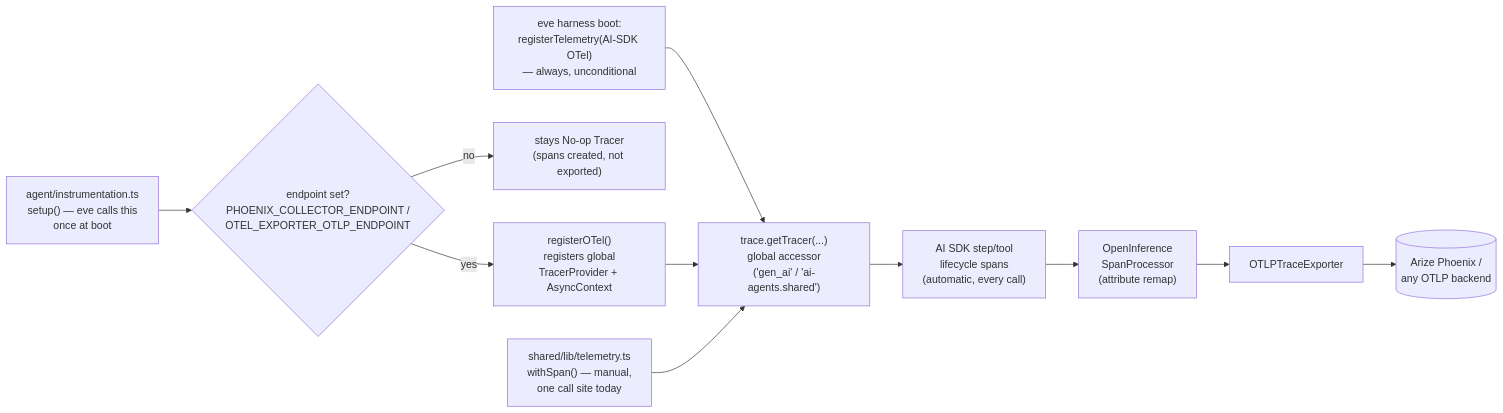
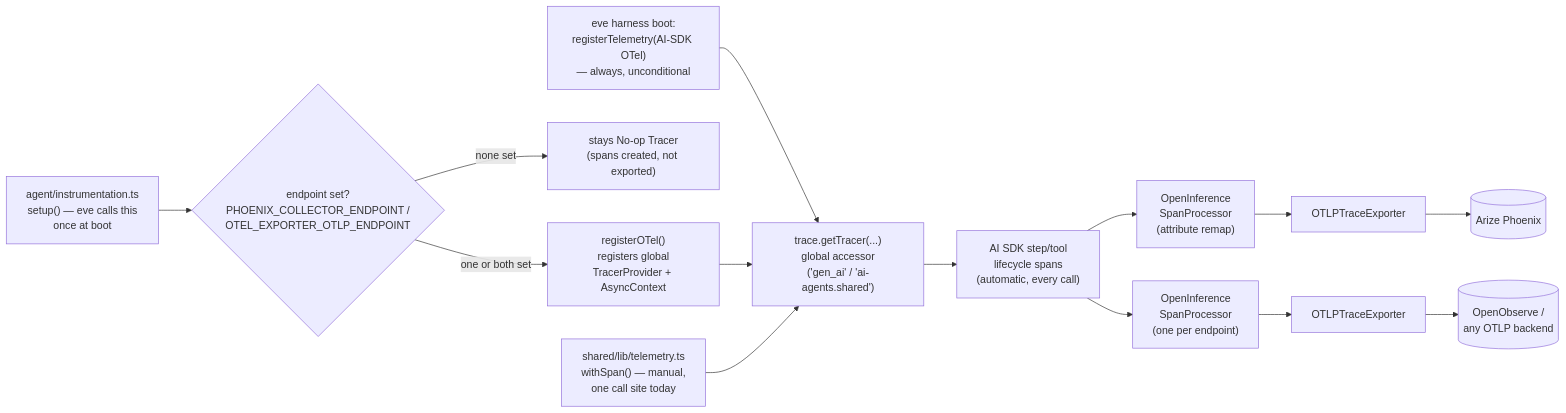
One commit to senthilsweb/ai-agents changed the diagram in agents/linkedin-cover-generator/docs/observability-internals.md. Above: the diagram before and after it, drawn with Mermaid. The commit also changed other lines of this file and 17 other files, not shown here.

First line of the commit message:
feat(telemetry): fan out traces to multiple OTLP backends (Phoenix + OpenObserve)

````diff
--- a/agents/linkedin-cover-generator/docs/observability-internals.md
+++ b/agents/linkedin-cover-generator/docs/observability-internals.md
@@ -23,13 +23,16 @@
 ```mermaid
 flowchart LR
     A["eve harness boot:<br/>registerTelemetry(AI-SDK OTel)<br/>— always, unconditional"] --> G
     B["agent/instrumentation.ts<br/>setup() — eve calls this<br/>once at boot"] --> D{"endpoint set?<br/>PHOENIX_COLLECTOR_ENDPOINT /<br/>OTEL_EXPORTER_OTLP_ENDPOINT"}
-    D -->|"no"| F["stays No-op Tracer<br/>(spans created, not exported)"]
-    D -->|"yes"| E["registerOTel()<br/>registers global<br/>TracerProvider + AsyncContext"]
+    D -->|"none set"| F["stays No-op Tracer<br/>(spans created, not exported)"]
+    D -->|"one or both set"| E["registerOTel()<br/>registers global<br/>TracerProvider + AsyncContext"]
     E --> G["trace.getTracer(...)<br/>global accessor<br/>('gen_ai' / 'ai-agents.shared')"]
     G --> H["AI SDK step/tool<br/>lifecycle spans<br/>(automatic, every call)"]
     I["shared/lib/telemetry.ts<br/>withSpan() — manual,<br/>one call site today"] --> G
-    H --> J["OpenInference<br/>SpanProcessor<br/>(attribute remap)"]
-    J --> K["OTLPTraceExporter"]
-    K --> L[("Arize Phoenix /<br/>any OTLP backend")]
+    H --> J1["OpenInference<br/>SpanProcessor<br/>(attribute remap)"]
+    H --> J2["OpenInference<br/>SpanProcessor<br/>(one per endpoint)"]
+    J1 --> K1["OTLPTraceExporter"]
+    J2 --> K2["OTLPTraceExporter"]
+    K1 --> L1[("Arize Phoenix")]
+    K2 --> L2[("OpenObserve /<br/>any OTLP backend")]
 ```
````
